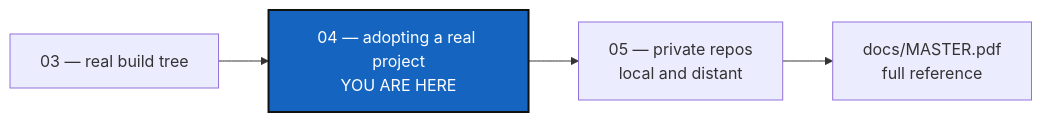
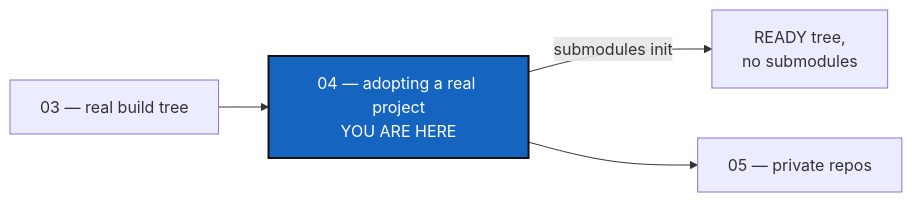
Before and after one commit to flipoyo/ComplexGitSync: the diagram in tutorials/04_adopting_a_real_project.md, drawn with Mermaid. The commit also changed other lines of this file and 8 other files, not shown here.

````diff
--- a/tutorials/04_adopting_a_real_project.md
+++ b/tutorials/04_adopting_a_real_project.md
@@ -34,9 +27,9 @@
 ```mermaid
 graph LR
     T3["03 — real build tree"] --> T4["04 — adopting a real project<br/>YOU ARE HERE"]
-    T4 --> T5["05 — private repos<br/>local and distant"]
-    T5 --> REF["docs/MASTER.pdf<br/>full reference"]
+    T4 -->|"submodules init"| READY["READY tree,<br/>no submodules"]
+    T4 --> T5["05 — private repos"]
 
     classDef here fill:#1565C0,color:#fff,stroke:#111,stroke-width:2px;
     class T4 here;
 ```
````
